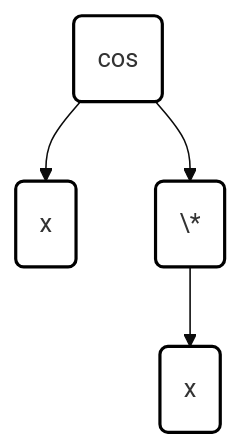
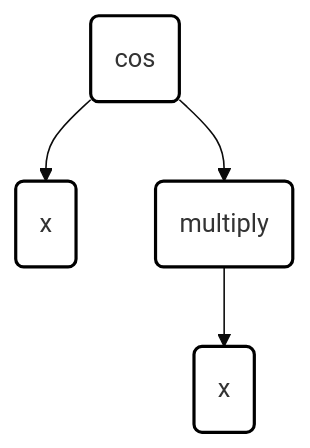
Before and after one commit to neavailable/Derivative_calculator: the first of 2 diagrams in README.md, drawn with Mermaid (base theme). The commit also changed other lines of this file, not shown here.

````diff
--- a/README.md
+++ b/README.md
@@ -36,16 +36,16 @@
 ```mermaid
 graph TD
     COS(cos)
     X_COS(x)
-    MULTIPLY(\*)
+    MULTIPLY(multiply)
     X(x)
 
     COS      --> X_COS
     COS      --> MULTIPLY
     MULTIPLY --> X
 
     style COS      fill:#ffffff,stroke:#000000,stroke-width:2px
     style X_COS    fill:#ffffff,stroke:#000000,stroke-width:2px
     style MULTIPLY fill:#ffffff,stroke:#000000,stroke-width:2px
     style X        fill:#ffffff,stroke:#000000,stroke-width:2px
 ```
````
